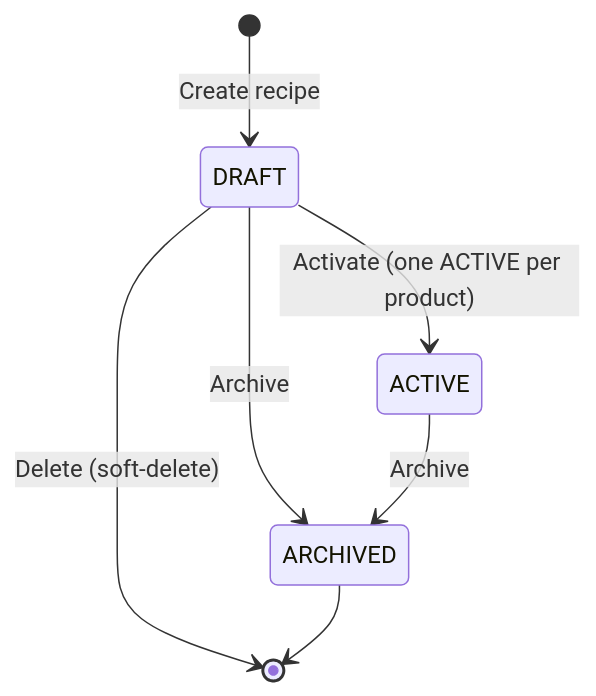
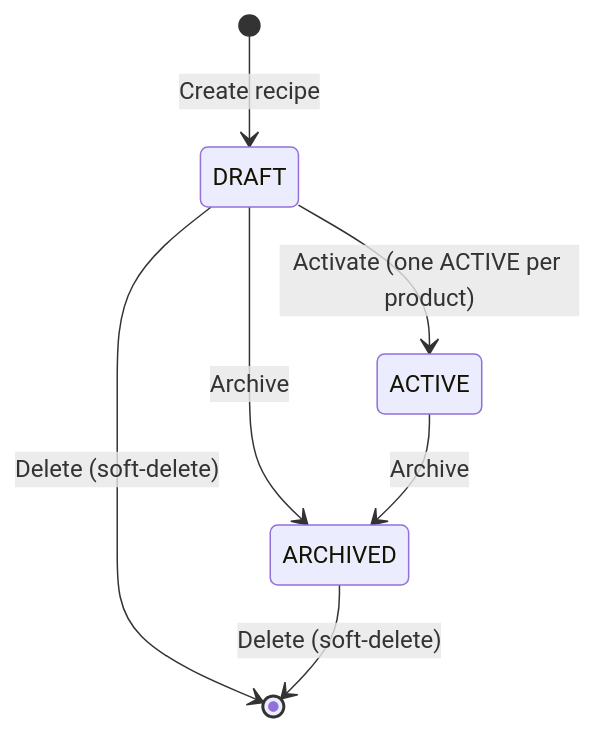
One commit to imucreative/erp-bakery-2 changed the second of 2 diagrams in knowledge-base/28.production-domain.md. Above: the diagram before and after it, drawn with Mermaid. The commit also changed other lines of this file and 9 other files, not shown here.

````diff
--- a/knowledge-base/28.production-domain.md
+++ b/knowledge-base/28.production-domain.md
@@ -68,9 +68,9 @@
 ```mermaid
 stateDiagram-v2
     [*] --> DRAFT : Create recipe
     DRAFT --> ACTIVE : Activate (one ACTIVE per product)
     DRAFT --> ARCHIVED : Archive
     ACTIVE --> ARCHIVED : Archive
     DRAFT --> [*] : Delete (soft-delete)
-    ARCHIVED --> [*]
+    ARCHIVED --> [*] : Delete (soft-delete)
 ```
````
